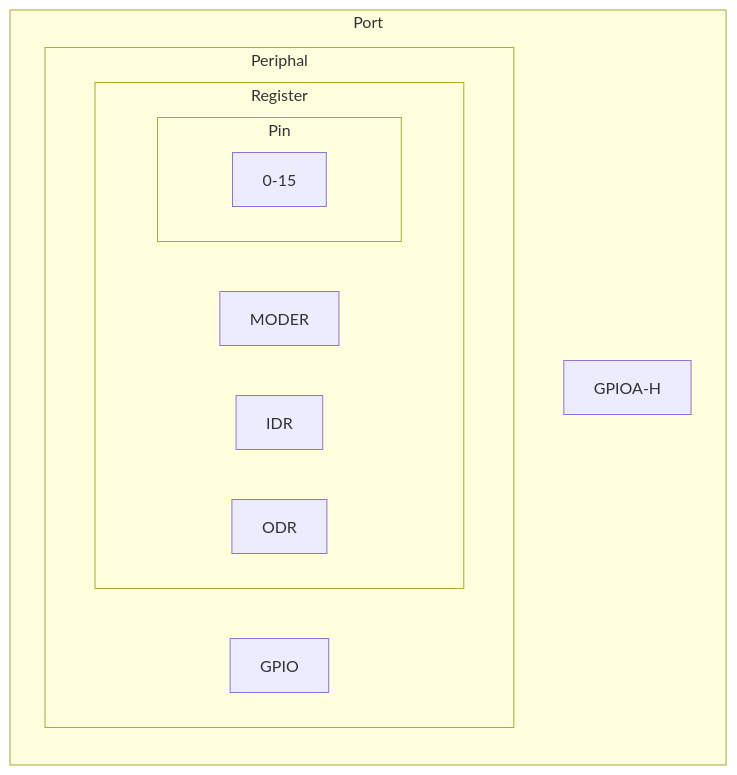
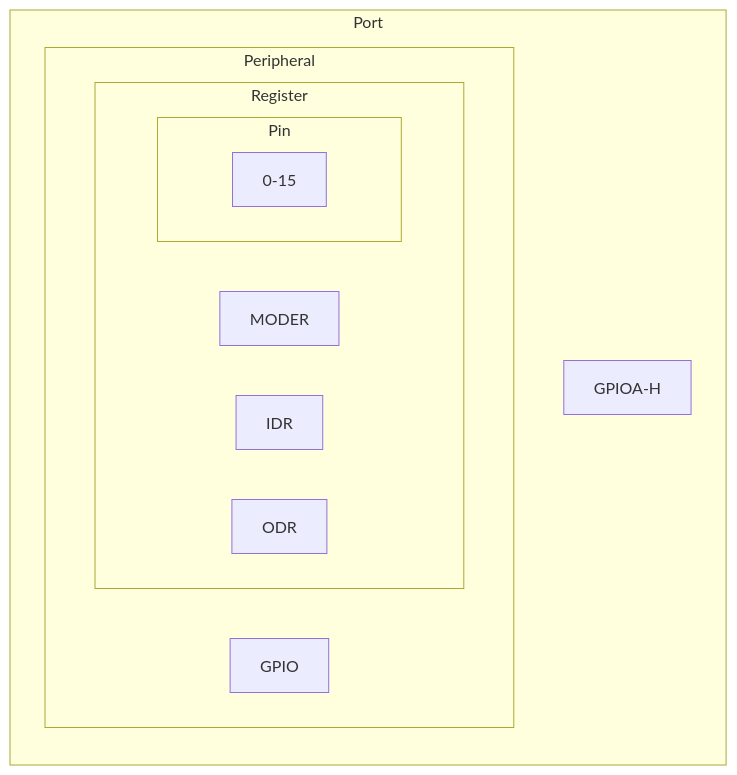
Before and after one commit to coder137/lowlevel_rust: the diagram in minimal_drivers/README.md, drawn with Mermaid. The commit also changed other lines of this file and 20 other files, not shown here.

````diff
--- a/minimal_drivers/README.md
+++ b/minimal_drivers/README.md
@@ -59,17 +84,17 @@
 ```mermaid
 graph BT;
   subgraph Port
     GPIOA-H
-    subgraph Periphal
+    subgraph Peripheral
       GPIO
       subgraph Register
         MODER
         IDR
         ODR
         subgraph Pin
           0-15
         end
       end
     end
   end
 ```
````
